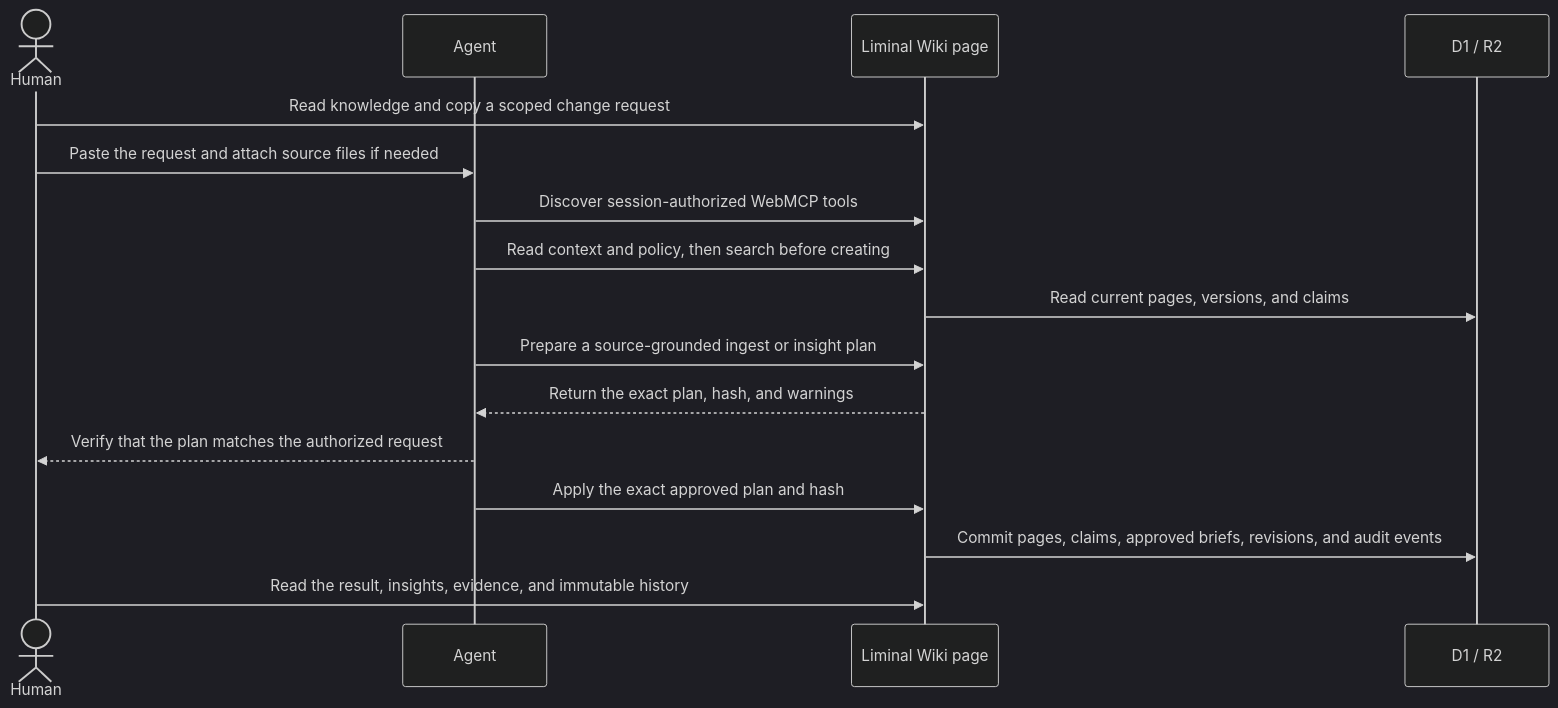
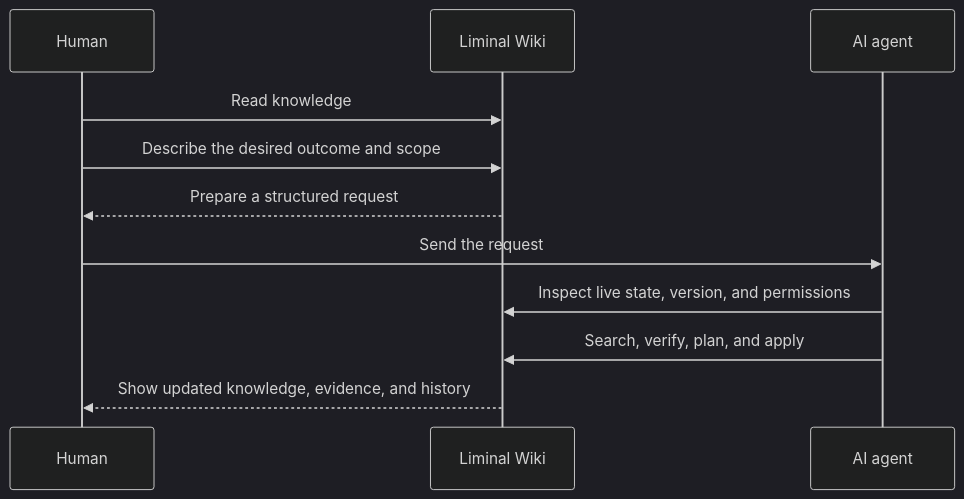
The diagram in README.md (rca32/llmwiki-webmcp), drawn with Mermaid (dark theme) before and after one commit. The commit also changed other lines of this file and 6 other files, not shown here.

Commit message:
docs: refine WebMCP challenge submission

````diff
--- a/README.md
+++ b/README.md
@@ -116,19 +122,14 @@
 ```mermaid
 sequenceDiagram
-    actor Human
-    participant Agent
-    participant Page as Liminal Wiki page
-    participant Data as D1 / R2
+    participant H as Human
+    participant W as Liminal Wiki
+    participant A as AI agent
 
-    Human->>Page: Read knowledge and copy a scoped change request
-    Human->>Agent: Paste the request and attach source files if needed
-    Agent->>Page: Discover session-authorized WebMCP tools
-    Agent->>Page: Read context and policy, then search before creating
-    Page->>Data: Read current pages, versions, and claims
-    Agent->>Page: Prepare a source-grounded ingest or insight plan
-    Page-->>Agent: Return the exact plan, hash, and warnings
-    Agent-->>Human: Verify that the plan matches the authorized request
-    Agent->>Page: Apply the exact approved plan and hash
-    Page->>Data: Commit pages, claims, approved briefs, revisions, and audit events
-    Human->>Page: Read the result, insights, evidence, and immutable history
+    H->>W: Read knowledge
+    H->>W: Describe the desired outcome and scope
+    W-->>H: Prepare a structured request
+    H->>A: Send the request
+    A->>W: Inspect live state, version, and permissions
+    A->>W: Search, verify, plan, and apply
+    W-->>H: Show updated knowledge, evidence, and history
 ```
````
